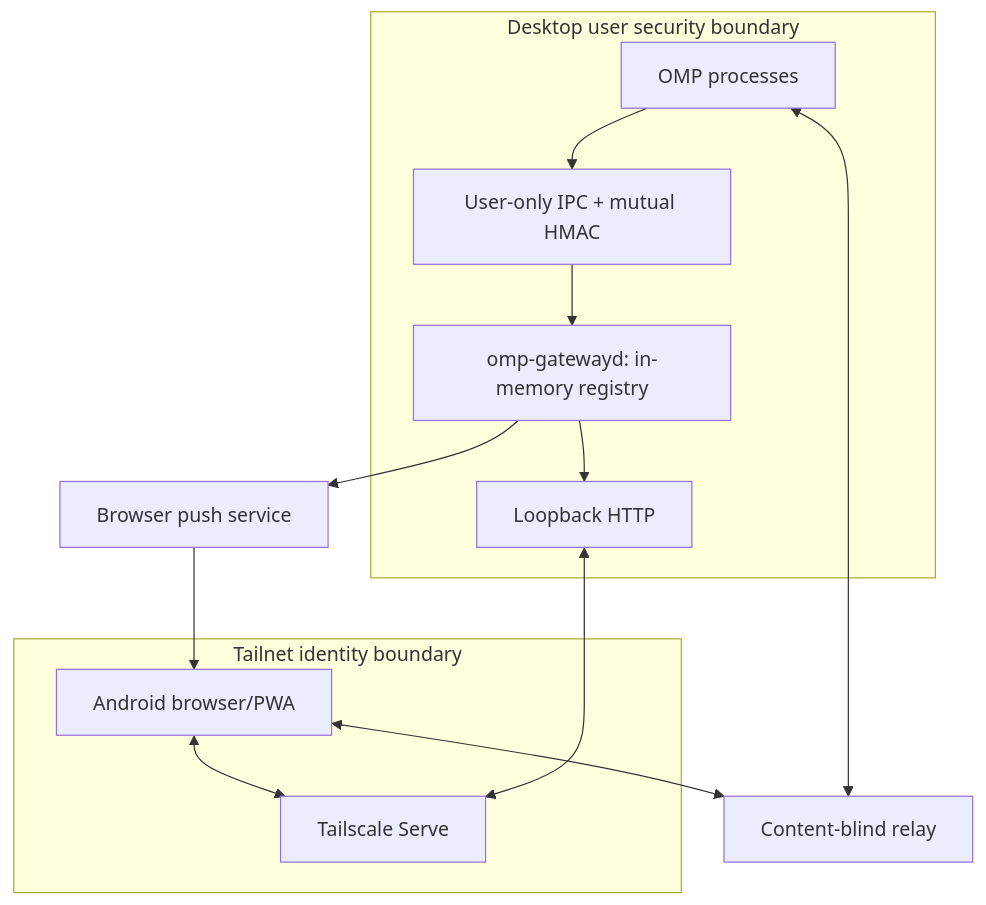
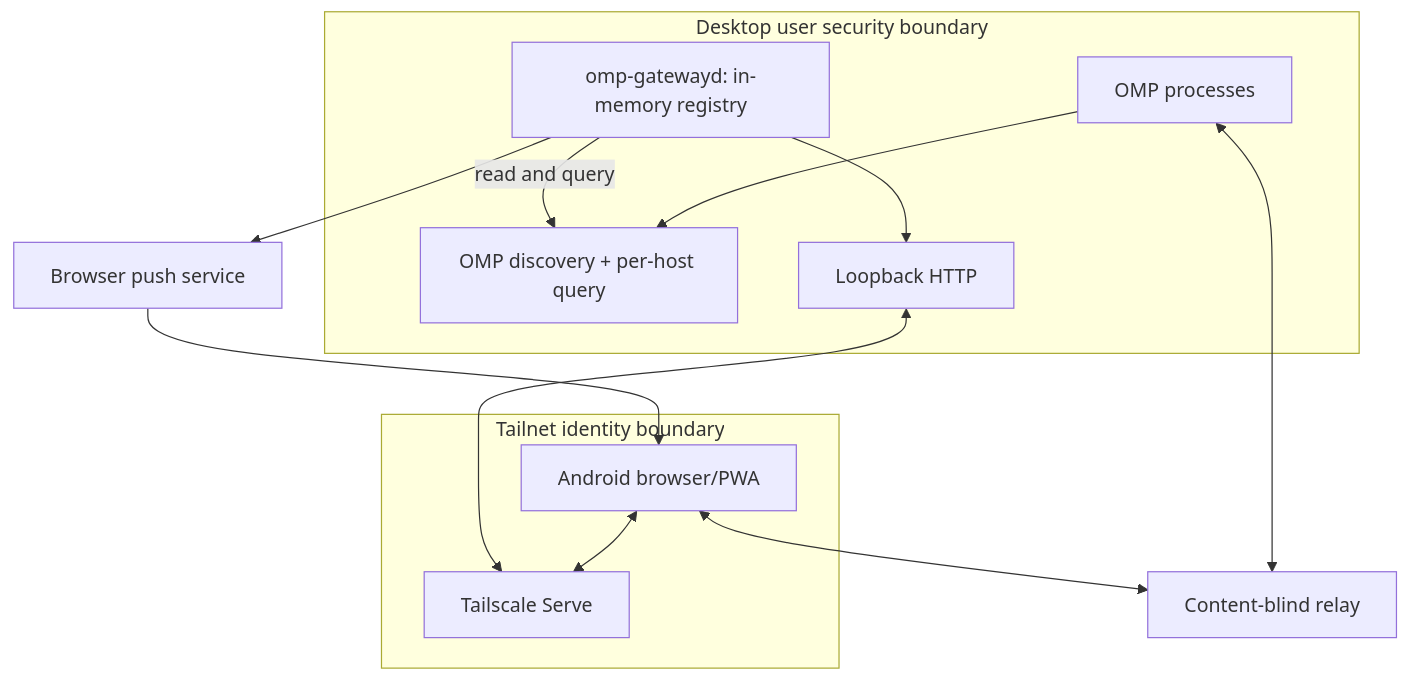
Before and after one commit to alphastorm/omp-session-gateway: the diagram in docs/ARCHITECTURE.md, drawn with Mermaid. The commit also changed other lines of this file and 87 other files, not shown here.

First line of the commit message:
feat(registry)!: read OMP's own collaboration host registry (#168)

````diff
--- a/docs/ARCHITECTURE.md
+++ b/docs/ARCHITECTURE.md
@@ -233,21 +223,23 @@
 ```mermaid
 flowchart TB
     subgraph DesktopUser[Desktop user security boundary]
       OMP[OMP processes]
-      IPC[User-only IPC + mutual HMAC]
+      IPC[OMP discovery + per-host query]
       GATEWAY[omp-gatewayd: in-memory registry]
       HTTP[Loopback HTTP]
-      OMP --> IPC --> GATEWAY --> HTTP
+      OMP --> IPC
+      GATEWAY -->|read and query| IPC
+      GATEWAY --> HTTP
     end
 
     subgraph Tailnet[Tailnet identity boundary]
       SERVE[Tailscale Serve]
       PHONE[Android browser/PWA]
       PHONE <--> SERVE
     end
 
     HTTP <--> SERVE
     OMP <--> RELAY[Content-blind relay]
     GATEWAY --> PUSH[Browser push service] --> PHONE
     PHONE <--> RELAY
 ```
````
